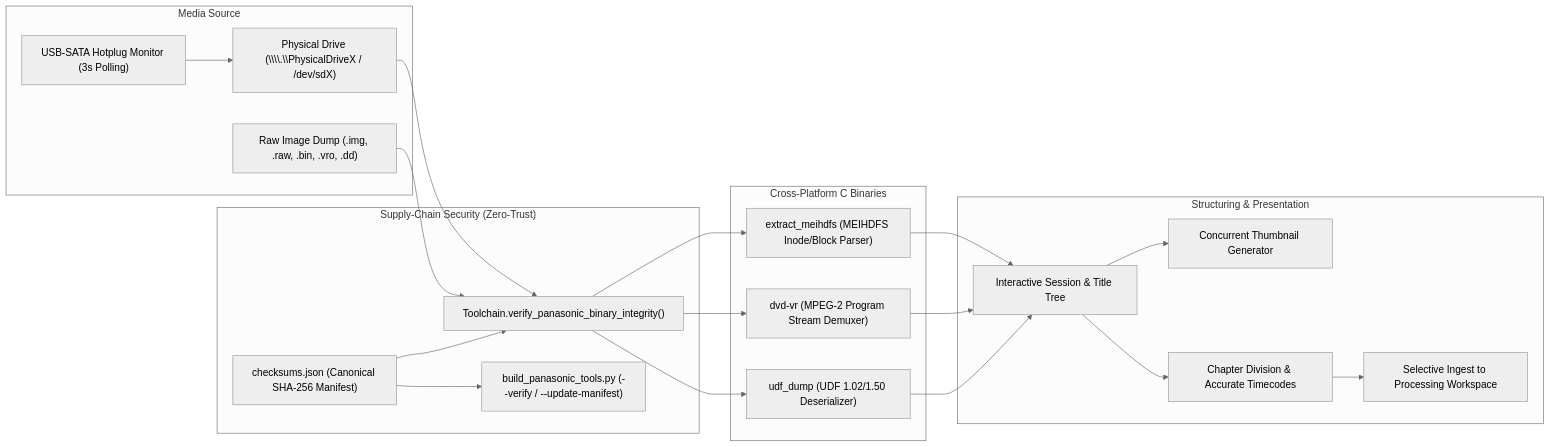
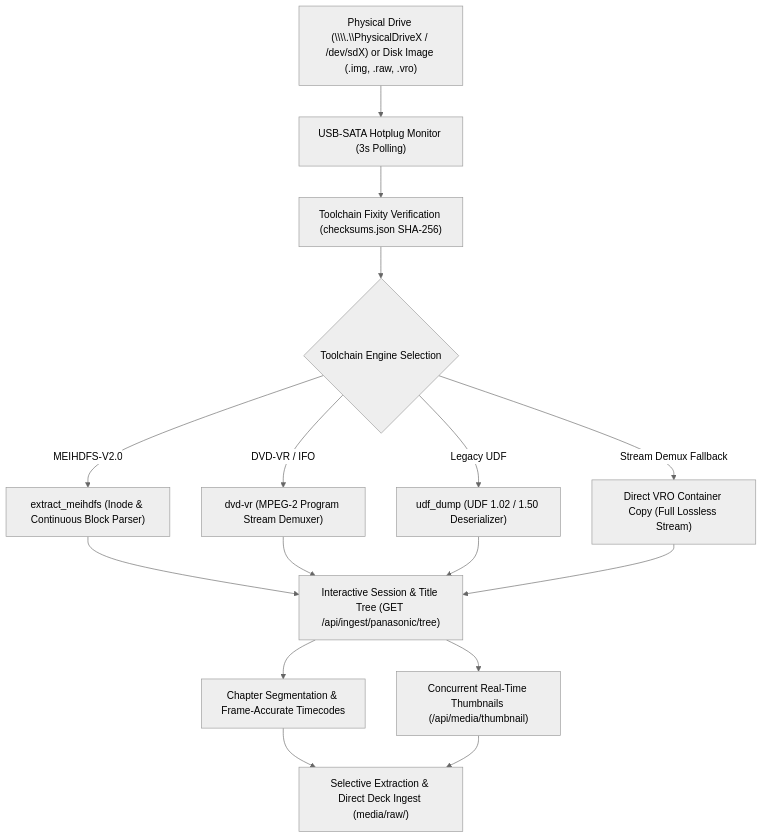
Before and after one commit to orgchrono/vhs-capture-scripts: the second of 3 diagrams in README.md, drawn with Mermaid (neutral theme). The commit also changed other lines of this file and 13 other files, not shown here.

Commit message:
docs: add comprehensive project documentation, Panasonic DVR ingestion engine, and tests

````diff
--- a/README.md
+++ b/README.md
@@ -148,42 +91,23 @@
 ```mermaid
-flowchart LR
-    subgraph Input ["Media Source"]
-        Physical["Physical Drive (\\\\.\\PhysicalDriveX / /dev/sdX)"]
-        RawDump["Raw Image Dump (.img, .raw, .bin, .vro, .dd)"]
-        Hotplug["USB-SATA Hotplug Monitor (3s Polling)"]
-    end
-
-    subgraph Fixity ["Supply-Chain Security (Zero-Trust)"]
-        Manifest["checksums.json (Canonical SHA-256 Manifest)"]
-        ToolchainCheck["Toolchain.verify_panasonic_binary_integrity()"]
-        BuildCheck["build_panasonic_tools.py (--verify / --update-manifest)"]
-    end
-
-    subgraph NativeC ["Cross-Platform C Binaries"]
-        ExtractMeihdfs["extract_meihdfs (MEIHDFS Inode/Block Parser)"]
-        DvdVr["dvd-vr (MPEG-2 Program Stream Demuxer)"]
-        UdfDump["udf_dump (UDF 1.02/1.50 Deserializer)"]
-    end
-
-    subgraph Output ["Structuring & Presentation"]
-        Tree["Interactive Session & Title Tree"]
-        Thumbnails["Concurrent Thumbnail Generator"]
-        Chapters["Chapter Division & Accurate Timecodes"]
-        BatchExport["Selective Ingest to Processing Workspace"]
-    end
-
-    Hotplug --> Physical
-    Physical --> ToolchainCheck
-    RawDump --> ToolchainCheck
-    Manifest --> ToolchainCheck
-    Manifest --> BuildCheck
-    ToolchainCheck --> ExtractMeihdfs
-    ToolchainCheck --> DvdVr
-    ToolchainCheck --> UdfDump
-    ExtractMeihdfs --> Tree
+flowchart TD
+    Drive["Physical Drive (\\\\.\\PhysicalDriveX / /dev/sdX) or Disk Image (.img, .raw, .vro)"] --> Hotplug["USB-SATA Hotplug Monitor (3s Polling)"]
+    Hotplug --> Verify["Toolchain Fixity Verification (checksums.json SHA-256)"]
+  
+    Verify --> ToolSelect{"Toolchain Engine Selection"}
+  
+    ToolSelect -->|"MEIHDFS-V2.0"| ExtractMeihdfs["extract_meihdfs (Inode & Continuous Block Parser)"]
+    ToolSelect -->|"DVD-VR / IFO"| DvdVr["dvd-vr (MPEG-2 Program Stream Demuxer)"]
+    ToolSelect -->|"Legacy UDF"| UdfDump["udf_dump (UDF 1.02 / 1.50 Deserializer)"]
+    ToolSelect -->|"Stream Demux Fallback"| VroCopy["Direct VRO Container Copy (Full Lossless Stream)"]
+  
+    ExtractMeihdfs --> Tree["Interactive Session & Title Tree (GET /api/ingest/panasonic/tree)"]
     DvdVr --> Tree
     UdfDump --> Tree
-    Tree --> Thumbnails
-    Tree --> Chapters
-    Chapters --> BatchExport
+    VroCopy --> Tree
+  
+    Tree --> Thumbs["Concurrent Real-Time Thumbnails (/api/media/thumbnail)"]
+    Tree --> Chapters["Chapter Segmentation & Frame-Accurate Timecodes"]
+  
+    Chapters --> Export["Selective Extraction & Direct Deck Ingest (media/raw/)"]
+    Thumbs --> Export
 ```
````
